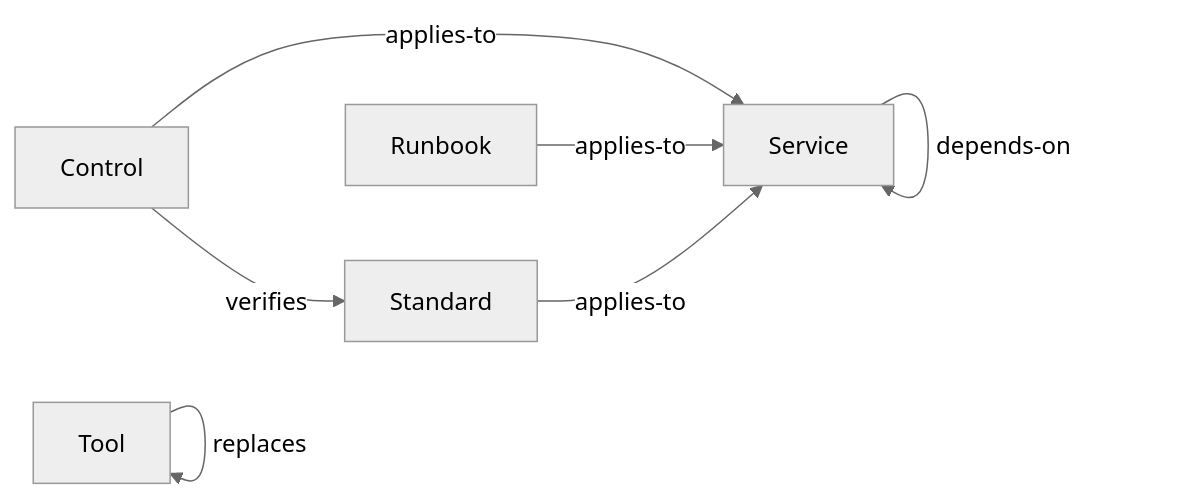
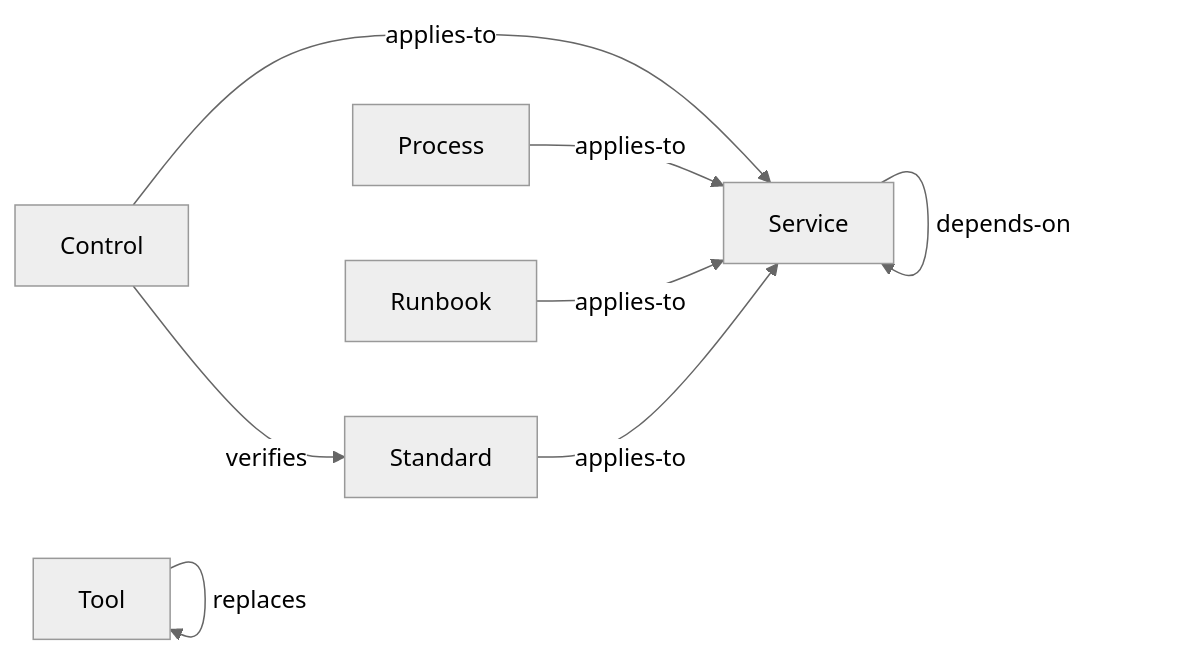
One commit to paul80nd/knowledge-as-code changed the diagram in examples/dog-fooding/knowledge-as-code/taxonomy.md. Above: the diagram before and after it, drawn with Mermaid (neutral theme). The commit also changed other lines of this file and 58 other files, not shown here.

````diff
--- a/examples/dog-fooding/knowledge-as-code/taxonomy.md
+++ b/examples/dog-fooding/knowledge-as-code/taxonomy.md
@@ -78,14 +82,16 @@
 ```mermaid
 graph LR;
   t_controls[Control];
+  t_processes[Process];
   t_runbooks[Runbook];
   t_services[Service];
   t_standards[Standard];
   t_tools[Tool];
   t_controls -- applies-to --> t_services;
   t_controls -- verifies --> t_standards;
+  t_processes -- applies-to --> t_services;
   t_runbooks -- applies-to --> t_services;
   t_services -- depends-on --> t_services;
   t_standards -- applies-to --> t_services;
   t_tools -- replaces --> t_tools;
 ```
````
